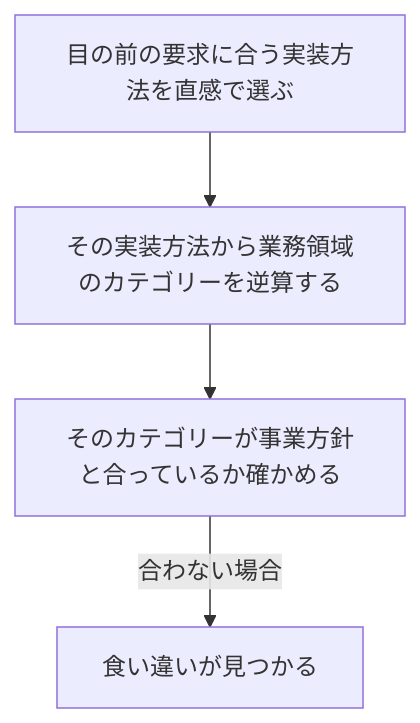
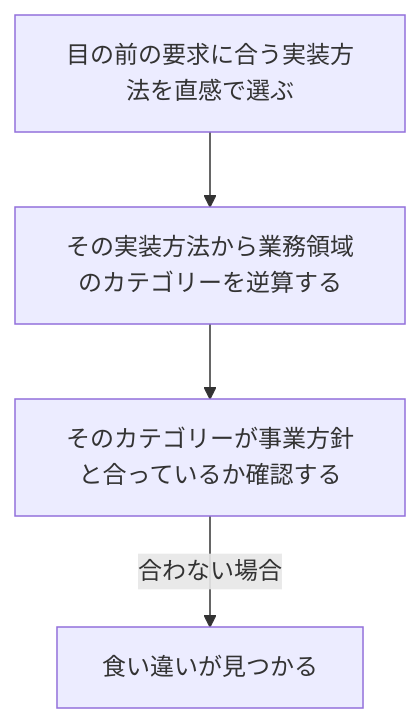
Before and after one commit to daidaiiro-519/daidaiiro: the second of 3 diagrams in .claude/skills/ddd-advisor/references/knowledge/closing-heuristics.md, drawn with Mermaid. The commit also changed other lines of this file and 120 other files, not shown here.

````diff
--- a/.claude/skills/ddd-advisor/references/knowledge/closing-heuristics.md
+++ b/.claude/skills/ddd-advisor/references/knowledge/closing-heuristics.md
@@ -194,10 +194,10 @@
 ```mermaid
 flowchart TD
     n0["目の前の要求に合う実装方法を直感で選ぶ"]
     n1["その実装方法から業務領域のカテゴリーを逆算する"]
-    n2["そのカテゴリーが事業方針と合っているか確かめる"]
+    n2["そのカテゴリーが事業方針と合っているか確認する"]
     n3["食い違いが見つかる"]
     n0 --> n1
     n1 --> n2
     n2 -->|"合わない場合"| n3
 ```
````
